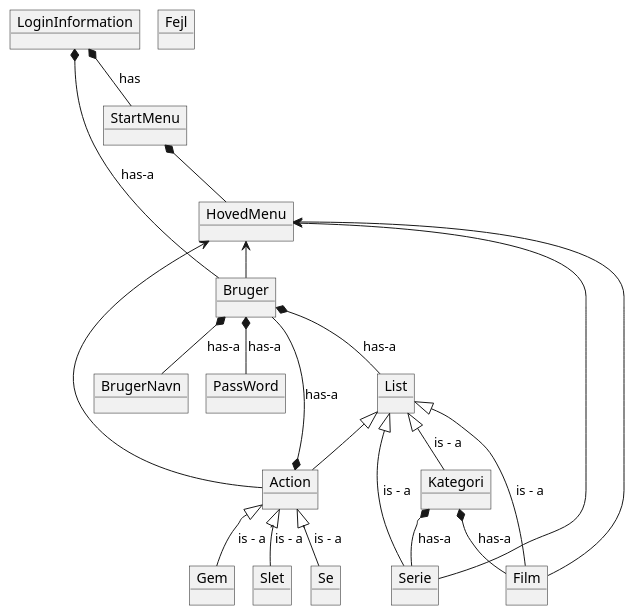
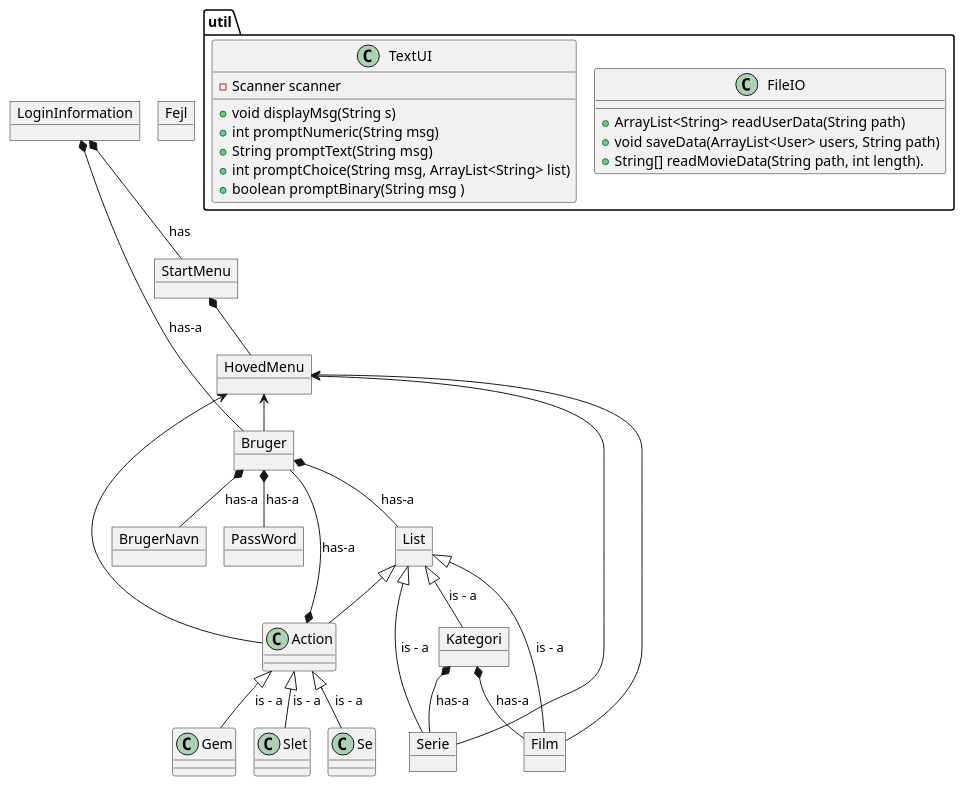
One commit to ABrondbjerg/Streaming-SP3 changed the diagram in doc/DomæneDiagram.puml. Above: the diagram before and after it, drawn with PlantUML.

```diff
--- a/doc/DomæneDiagram.puml
+++ b/doc/DomæneDiagram.puml
@@ -1,47 +1,66 @@
 @startuml
 'https://plantuml.com/class-diagram
 !pragma layout smetana
 
 
 object Bruger
 object StartMenu
 object HovedMenu
 object Film
 object Serie
 object Kategori
 object List
 object Fejl
 object BrugerNavn
 object PassWord
 object LoginInformation
-object Action
-object Se
-object Gem
-object Slet
+
+Class Action {
+
+}
+
+package "util" {
+class FileIO{
++ ArrayList<String> readUserData(String path)
++ void saveData(ArrayList<User> users, String path)
++ String[] readMovieData(String path, int length).
+}
+
+class TextUI{
+- Scanner scanner
++ void displayMsg(String s)
++ int promptNumeric(String msg)
++ String promptText(String msg)
++ int promptChoice(String msg, ArrayList<String> list)
++ boolean promptBinary(String msg )
+}
+}
+
+
 
 HovedMenu <-- Bruger
 HovedMenu <-- Film
 HovedMenu <-- Serie
 HovedMenu <-- Action
 LoginInformation *-- Bruger: has-a
 Bruger *-- List: has-a
 Bruger *-- BrugerNavn: has-a
 Bruger *-- PassWord: has-a
 Action *-- Bruger: has-a
 'Kategori *-- HovedMenu: has-a
 StartMenu *-- HovedMenu
 LoginInformation *-- StartMenu: has
 
 List <|-- Kategori : is - a
 List <|-- Film: is - a
 List <|-- Serie: is - a
 Kategori *-- Film: has-a
 Kategori *-- Serie: has-a
 
 'Action'
 List <|-- Action
 Action <|-- Se : is - a
 Action <|-- Gem : is - a
 Action <|-- Slet : is - a
 
 @enduml
```
